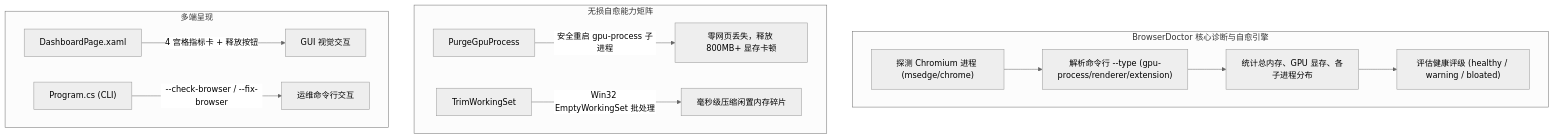
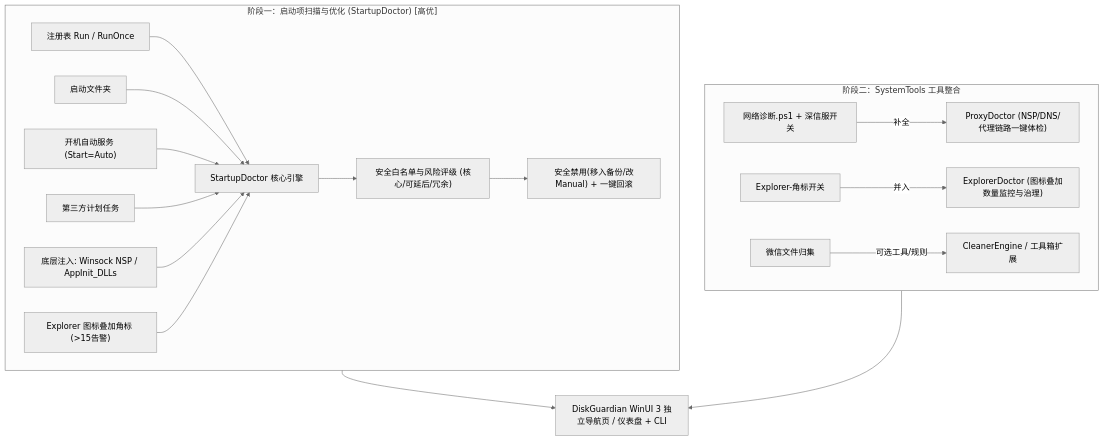
One commit to HMuSeaB/disk-guardian changed the diagram in .antigravity_docs/plans/implementation_plan.md. Above: the diagram before and after it, drawn with Mermaid (neutral theme). The commit also changed other lines of this file and 2 other files, not shown here.

Commit message:
docs: record 2026-11-27 diagnostics walkthrough and plan StartupDoctor & SystemTools integration

````diff
--- a/.antigravity_docs/plans/implementation_plan.md
+++ b/.antigravity_docs/plans/implementation_plan.md
@@ -10,18 +14,22 @@
 ```mermaid
 flowchart TD
-    subgraph BrowserDoctor["BrowserDoctor 核心诊断与自愈引擎"]
-        A["探测 Chromium 进程 (msedge/chrome)"] --> B["解析命令行 --type (gpu-process/renderer/extension)"]
-        B --> C["统计总内存、GPU 显存、各子进程分布"]
-        C --> D["评估健康评级 (healthy / warning / bloated)"]
+    subgraph Phase1["阶段一：启动项扫描与优化 (StartupDoctor) [高优]"]
+        S1["注册表 Run / RunOnce"] --> Core["StartupDoctor 核心引擎"]
+        S2["启动文件夹"] --> Core
+        S3["开机自动服务 (Start=Auto)"] --> Core
+        S4["第三方计划任务"] --> Core
+        S5["底层注入: Winsock NSP / AppInit_DLLs"] --> Core
+        S6["Explorer 图标叠加角标 (>15告警)"] --> Core
+        Core --> Judge["安全白名单与风险评级 (核心/可延后/冗余)"]
+        Judge --> Action["安全禁用(移入备份/改Manual) + 一键回滚"]
     end
 
-    subgraph HealingActions["无损自愈能力矩阵"]
-        E["PurgeGpuProcess"] -->|"安全重启 gpu-process 子进程"| F["零网页丢失，释放 800MB+ 显存卡顿"]
-        G["TrimWorkingSet"] -->|"Win32 EmptyWorkingSet 批处理"| H["毫秒级压缩闲置内存碎片"]
+    subgraph Phase2["阶段二：SystemTools 工具整合"]
+        T1["网络诊断.ps1 + 深信服开关"] -->|"补全"| N1["ProxyDoctor (NSP/DNS/代理链路一键体检)"]
+        T2["Explorer-角标开关"] -->|"并入"| E1["ExplorerDoctor (图标叠加数量监控与治理)"]
+        T3["微信文件归集"] -->|"可选工具/规则"| C1["CleanerEngine / 工具箱扩展"]
     end
 
-    subgraph Presentation["多端呈现"]
-        I["DashboardPage.xaml"] -->|"4 宫格指标卡 + 释放按钮"| J["GUI 视觉交互"]
-        K["Program.cs (CLI)"] -->|"--check-browser / --fix-browser"| L["运维命令行交互"]
-    end
+    Phase1 --> UI["DiskGuardian WinUI 3 独立导航页 / 仪表盘 + CLI"]
+    Phase2 --> UI
 ```
````
